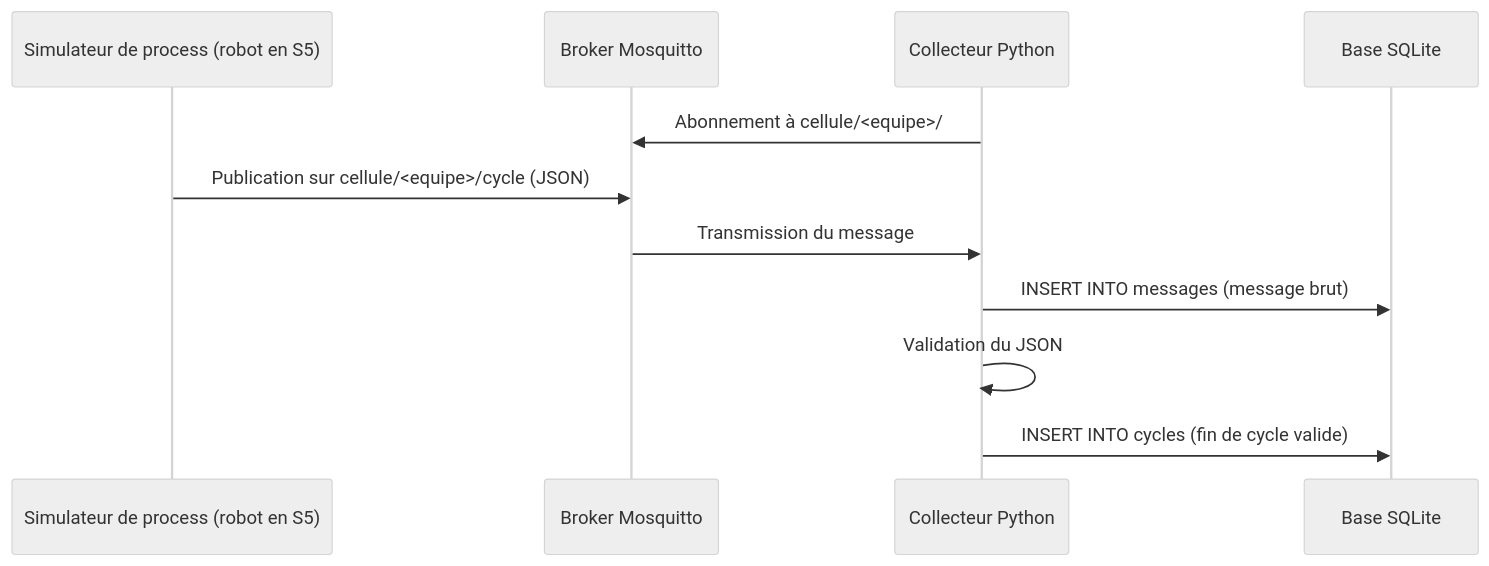
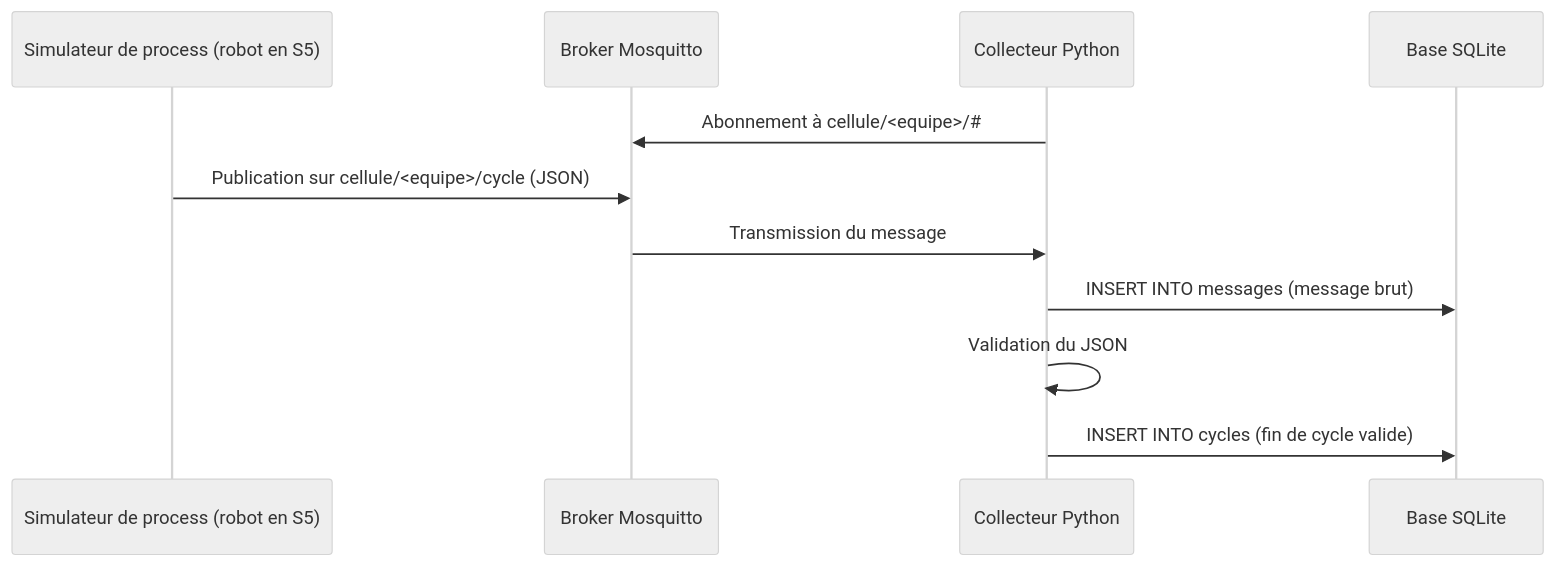
The second of 4 diagrams in progression_pedagogique/BACHINGE24.md (fabrice1618/niryo2), drawn with Mermaid (neutral theme) before and after one commit. The commit also changed other lines of this file, not shown here.

````diff
--- a/progression_pedagogique/BACHINGE24.md
+++ b/progression_pedagogique/BACHINGE24.md
@@ -229,13 +213,13 @@
 ```mermaid
 sequenceDiagram
     participant SIM as Simulateur de process (robot en S5)
     participant B as Broker Mosquitto
     participant C as Collecteur Python
     participant DB as Base SQLite
-    C->>B: Abonnement à cellule/<equipe>/#
+    C->>B: Abonnement à cellule/<equipe>/#35;
     SIM->>B: Publication sur cellule/<equipe>/cycle (JSON)
     B->>C: Transmission du message
     C->>DB: INSERT INTO messages (message brut)
     C->>C: Validation du JSON
     C->>DB: INSERT INTO cycles (fin de cycle valide)
 ```
````
